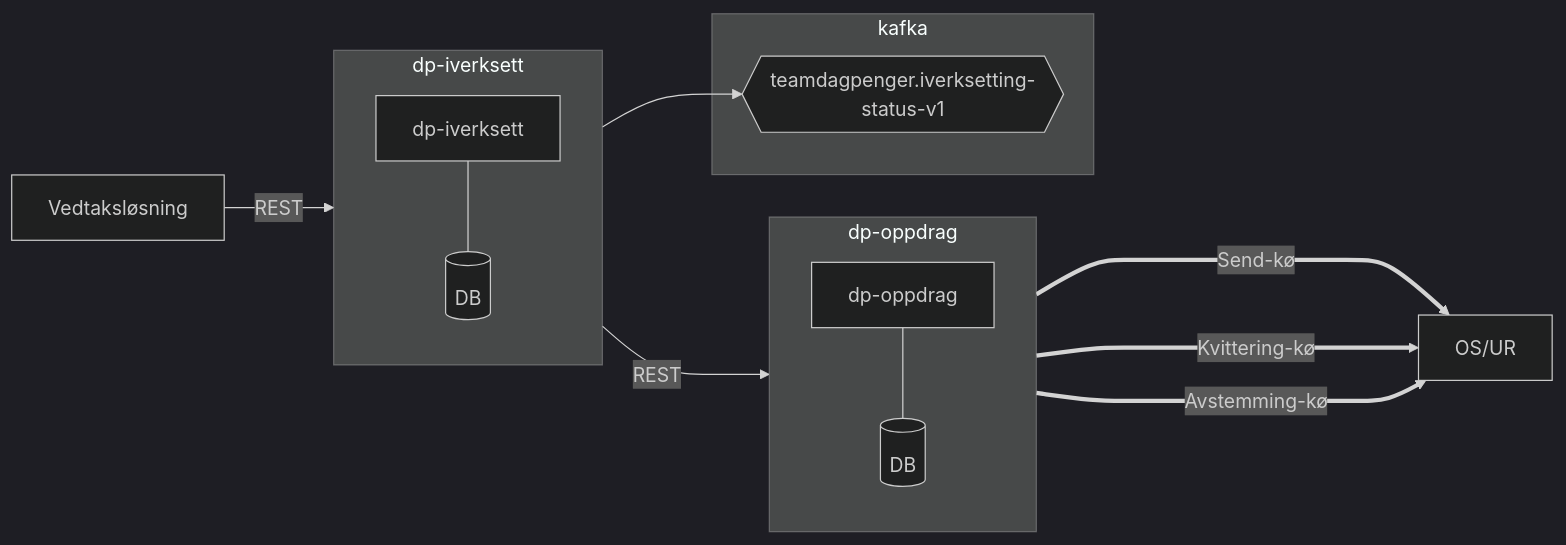
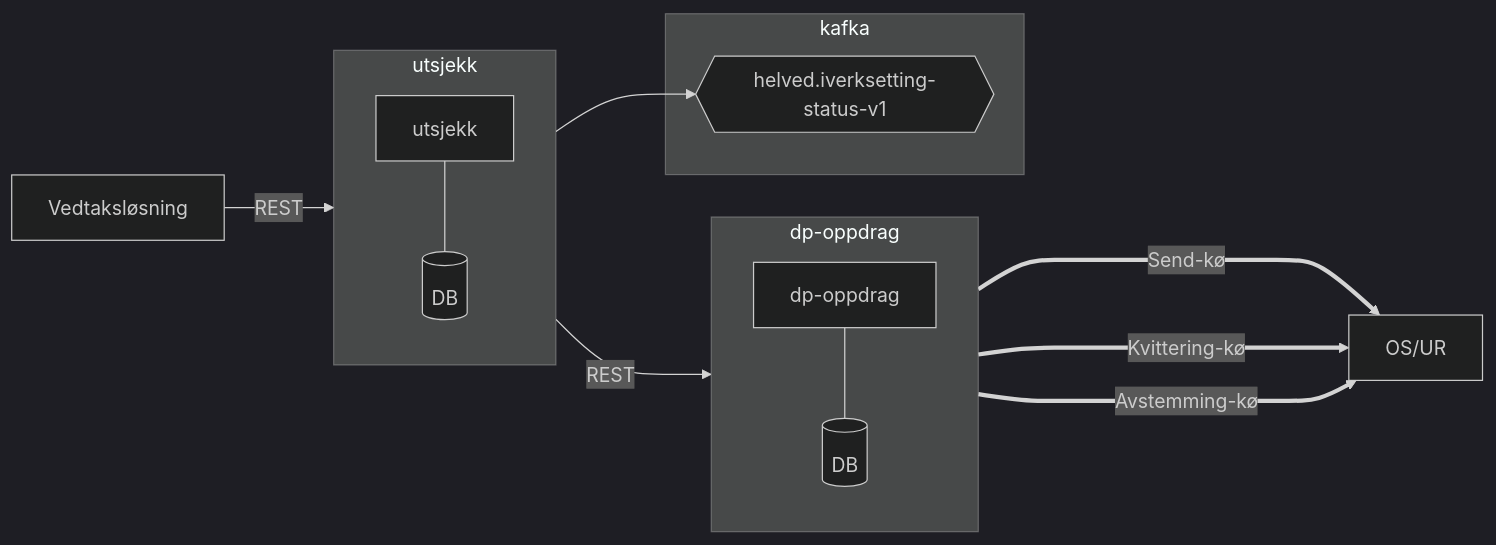
Before and after one commit to navikt/dp-iverksett: the diagram in pages/index.mdx, drawn with Mermaid (dark theme). The commit also changed other lines of this file and 10 other files, not shown here.

Commit message:
dp-iverksett heter nå utsjekk

````diff
--- a/pages/index.mdx
+++ b/pages/index.mdx
@@ -18,31 +18,31 @@
 ```mermaid
 graph LR
-    subgraph dp-iverksett
-      iverksett["dp-iverksett"]
+    subgraph utsjekk
+      iverksett["utsjekk"]
       iverksettDB[(DB)]
 
       iverksett --- iverksettDB
     end
 
     subgraph dp-oppdrag
       oppdrag["dp-oppdrag"]
       oppdragDB[(DB)]
 
       oppdrag --- oppdragDB
     end
 
     vedtak["Vedtaksløsning"]
     osur["OS/UR"]
 
 
     subgraph kafka
-        topic{{teamdagpenger.iverksetting-status-v1}}
+        topic{{helved.iverksetting-status-v1}}
     end
 
-    vedtak -->|REST| dp-iverksett
-    dp-iverksett -->|REST| dp-oppdrag
-    dp-iverksett --> topic
+    vedtak -->|REST| utsjekk
+    utsjekk -->|REST| dp-oppdrag
+    utsjekk --> topic
     dp-oppdrag ====>|Send-kø| osur
     dp-oppdrag ====>|Kvittering-kø| osur
     dp-oppdrag ====>|Avstemming-kø| osur
 ```
````
